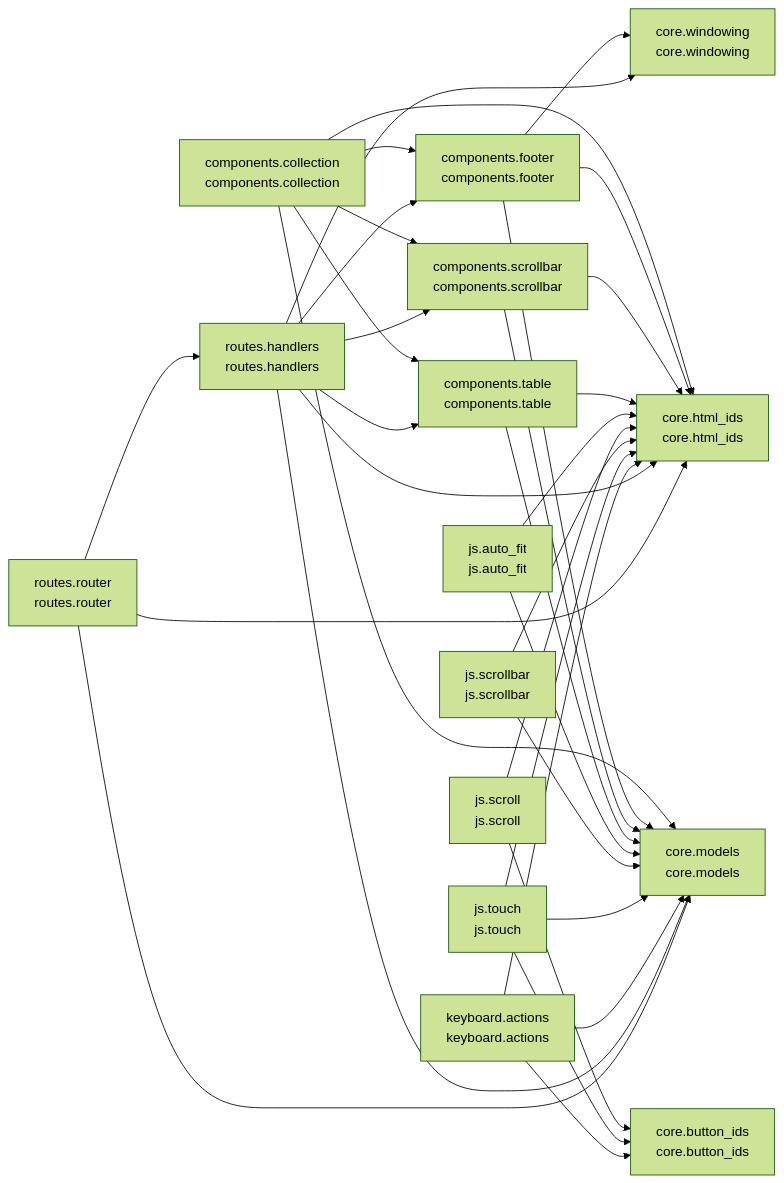
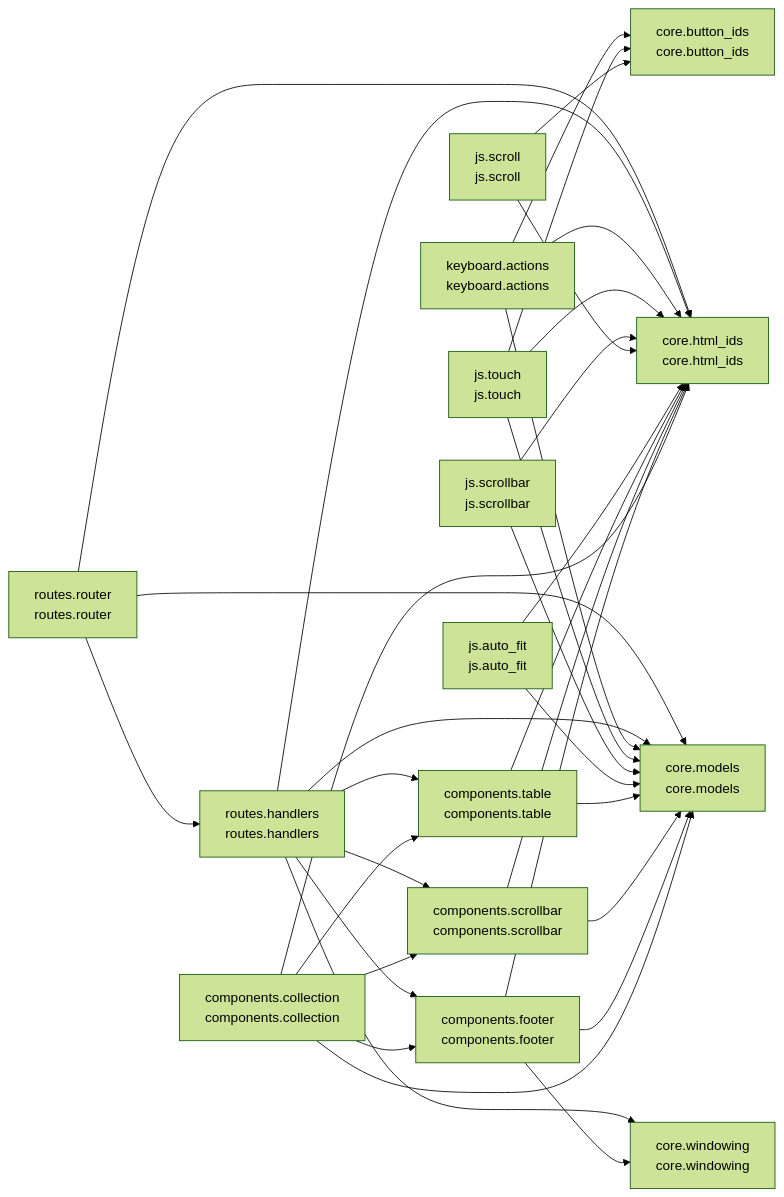
One commit to cj-mills/cjm-fasthtml-virtual-collection changed the diagram in README.md. Above: the diagram before and after it, drawn with Mermaid (forest theme). The commit also changed other lines of this file and 9 other files, not shown here.

Commit message:
Switch virtual-collection scrollbar from window-based to cursor-based model with always-visible position indicator, matching the card-stack approach.

````diff
--- a/README.md
+++ b/README.md
@@ -40,52 +40,52 @@
 ``` mermaid
 graph LR
     components_collection[components.collection<br/>components.collection]
     components_footer[components.footer<br/>components.footer]
     components_scrollbar[components.scrollbar<br/>components.scrollbar]
     components_table[components.table<br/>components.table]
     core_button_ids[core.button_ids<br/>core.button_ids]
     core_html_ids[core.html_ids<br/>core.html_ids]
     core_models[core.models<br/>core.models]
     core_windowing[core.windowing<br/>core.windowing]
     js_auto_fit[js.auto_fit<br/>js.auto_fit]
     js_scroll[js.scroll<br/>js.scroll]
     js_scrollbar[js.scrollbar<br/>js.scrollbar]
     js_touch[js.touch<br/>js.touch]
     keyboard_actions[keyboard.actions<br/>keyboard.actions]
     routes_handlers[routes.handlers<br/>routes.handlers]
     routes_router[routes.router<br/>routes.router]
 
-    components_collection --> components_footer
+    components_collection --> core_html_ids
     components_collection --> core_models
     components_collection --> components_scrollbar
     components_collection --> components_table
-    components_collection --> core_html_ids
-    components_footer --> core_windowing
+    components_collection --> components_footer
     components_footer --> core_html_ids
     components_footer --> core_models
+    components_footer --> core_windowing
+    components_scrollbar --> core_models
     components_scrollbar --> core_html_ids
-    components_scrollbar --> core_models
+    components_table --> core_html_ids
     components_table --> core_models
-    components_table --> core_html_ids
     js_auto_fit --> core_models
     js_auto_fit --> core_html_ids
     js_scroll --> core_html_ids
     js_scroll --> core_button_ids
+    js_scrollbar --> core_models
     js_scrollbar --> core_html_ids
-    js_scrollbar --> core_models
+    js_touch --> core_models
     js_touch --> core_html_ids
-    js_touch --> core_models
     js_touch --> core_button_ids
+    keyboard_actions --> core_button_ids
+    keyboard_actions --> core_models
     keyboard_actions --> core_html_ids
-    keyboard_actions --> core_models
-    keyboard_actions --> core_button_ids
     routes_handlers --> core_windowing
-    routes_handlers --> components_footer
+    routes_handlers --> core_html_ids
     routes_handlers --> core_models
     routes_handlers --> components_scrollbar
-    routes_handlers --> core_html_ids
+    routes_handlers --> components_footer
     routes_handlers --> components_table
+    routes_router --> core_html_ids
+    routes_router --> core_models
     routes_router --> routes_handlers
-    routes_router --> core_models
-    routes_router --> core_html_ids
 ```
````
